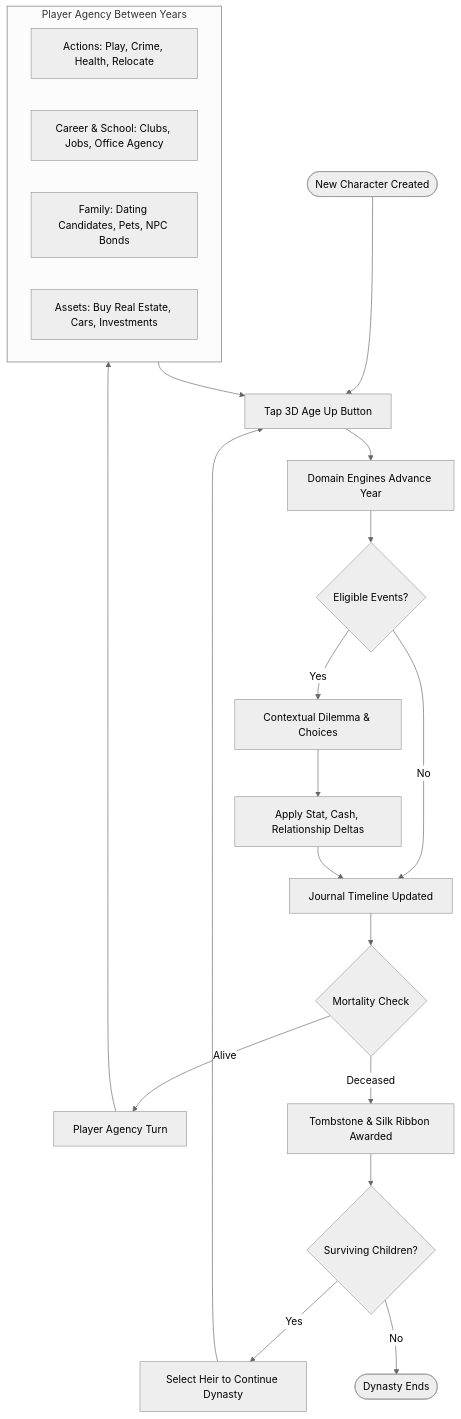
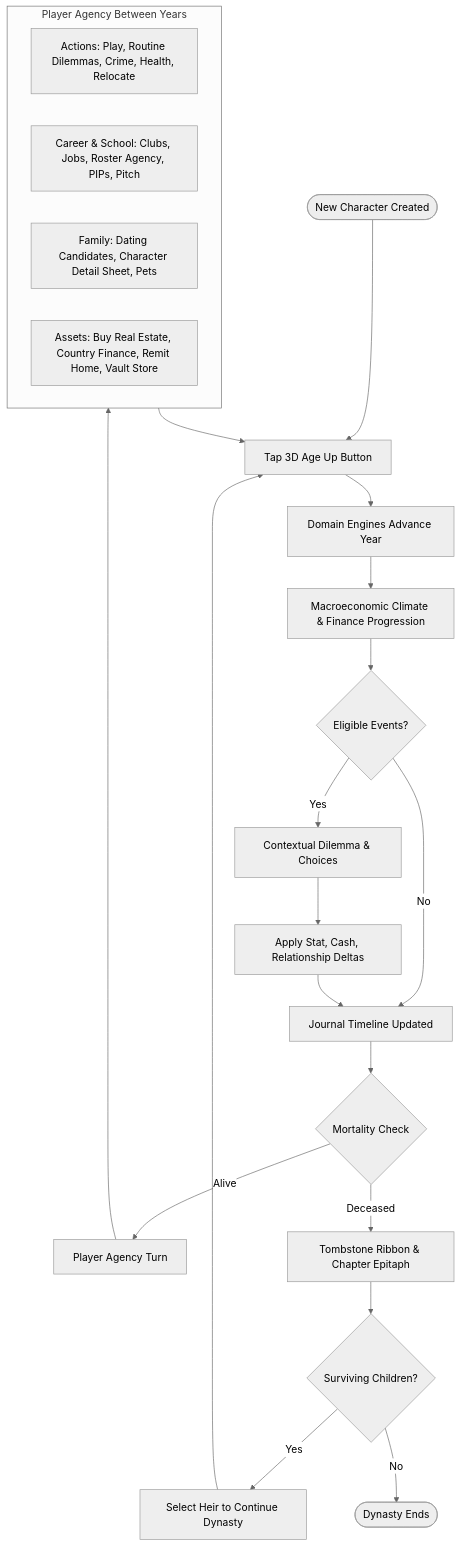
Before and after one commit to Dr-Rank1/Life-simulator: the diagram in docs/README.md, drawn with Mermaid (neutral theme). The commit also changed other lines of this file and 6 other files, not shown here.

````diff
--- a/docs/README.md
+++ b/docs/README.md
@@ -57,25 +60,26 @@
 ```mermaid
 flowchart TD
     Start([New Character Created]) --> AgeLoop[Tap 3D Age Up Button]
     AgeLoop --> EngineTick[Domain Engines Advance Year]
-    EngineTick --> EventGate{Eligible Events?}
+    EngineTick --> MacroTick[Macroeconomic Climate & Finance Progression]
+    MacroTick --> EventGate{Eligible Events?}
     EventGate -- Yes --> EventDialog[Contextual Dilemma & Choices]
     EventDialog --> ChoiceResult[Apply Stat, Cash, Relationship Deltas]
     EventGate -- No --> JournalUpdate[Journal Timeline Updated]
     ChoiceResult --> JournalUpdate
     JournalUpdate --> MortalityCheck{Mortality Check}
     MortalityCheck -- Alive --> PlayerTurn[Player Agency Turn]
     subgraph Agency [Player Agency Between Years]
-        Actions[Actions: Play, Crime, Health, Relocate]
-        Career[Career & School: Clubs, Jobs, Office Agency]
-        Family[Family: Dating Candidates, Pets, NPC Bonds]
-        Assets[Assets: Buy Real Estate, Cars, Investments]
+        Actions[Actions: Play, Routine Dilemmas, Crime, Health, Relocate]
+        Career[Career & School: Clubs, Jobs, Roster Agency, PIPs, Pitch]
+        Family[Family: Dating Candidates, Character Detail Sheet, Pets]
+        Assets[Assets: Buy Real Estate, Country Finance, Remit Home, Vault Store]
     end
     PlayerTurn --> Agency
     Agency --> AgeLoop
-    MortalityCheck -- Deceased --> Tombstone[Tombstone & Silk Ribbon Awarded]
+    MortalityCheck -- Deceased --> Tombstone[Tombstone Ribbon & Chapter Epitaph]
     Tombstone --> HeirCheck{Surviving Children?}
     HeirCheck -- Yes --> HeirSelect[Select Heir to Continue Dynasty]
     HeirSelect --> AgeLoop
     HeirCheck -- No --> GameOver([Dynasty Ends])
 ```
````
